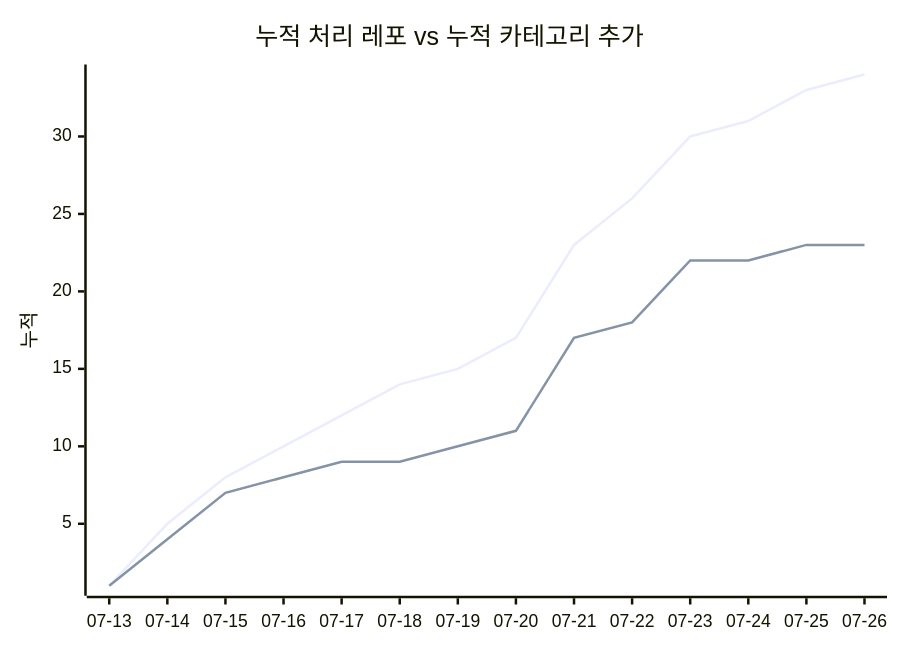
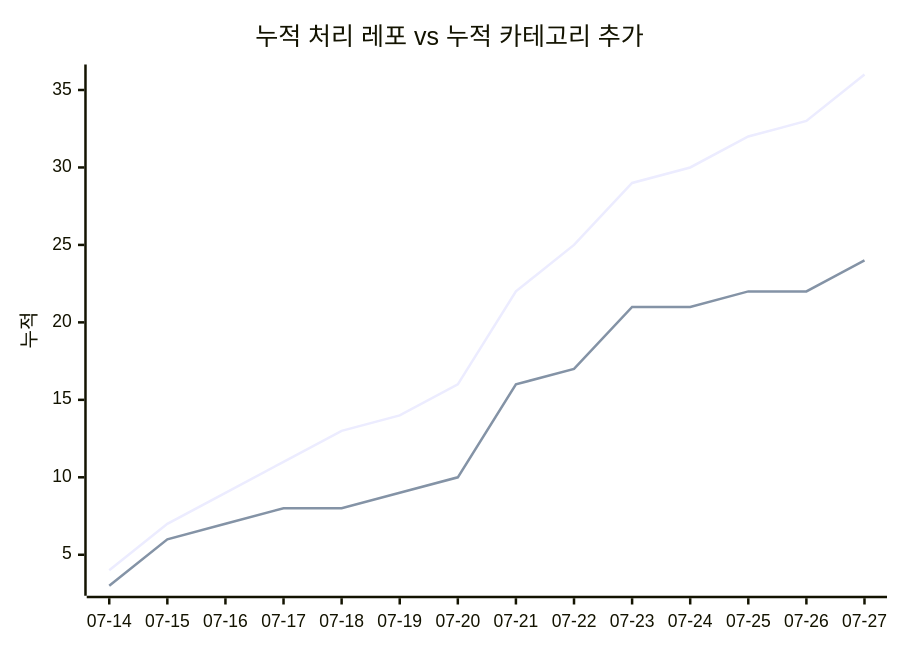
The second of 2 diagrams in docs/trends.md (J-nowcow/awesome-korean-agent-skills), drawn with Mermaid before and after one commit. The commit also changed other lines of this file and 5 other files, not shown here.

````diff
--- a/docs/trends.md
+++ b/docs/trends.md
@@ -68,8 +68,8 @@
 ```mermaid
 xychart-beta
     title "누적 처리 레포 vs 누적 카테고리 추가"
-    x-axis ["07-13","07-14","07-15","07-16","07-17","07-18","07-19","07-20","07-21","07-22","07-23","07-24","07-25","07-26"]
+    x-axis ["07-14","07-15","07-16","07-17","07-18","07-19","07-20","07-21","07-22","07-23","07-24","07-25","07-26","07-27"]
     y-axis "누적"
-    line [1,5,8,10,12,14,15,17,23,26,30,31,33,34]
-    line [1,4,7,8,9,9,10,11,17,18,22,22,23,23]
+    line [4,7,9,11,13,14,16,22,25,29,30,32,33,36]
+    line [3,6,7,8,8,9,10,16,17,21,21,22,22,24]
 ```
````
